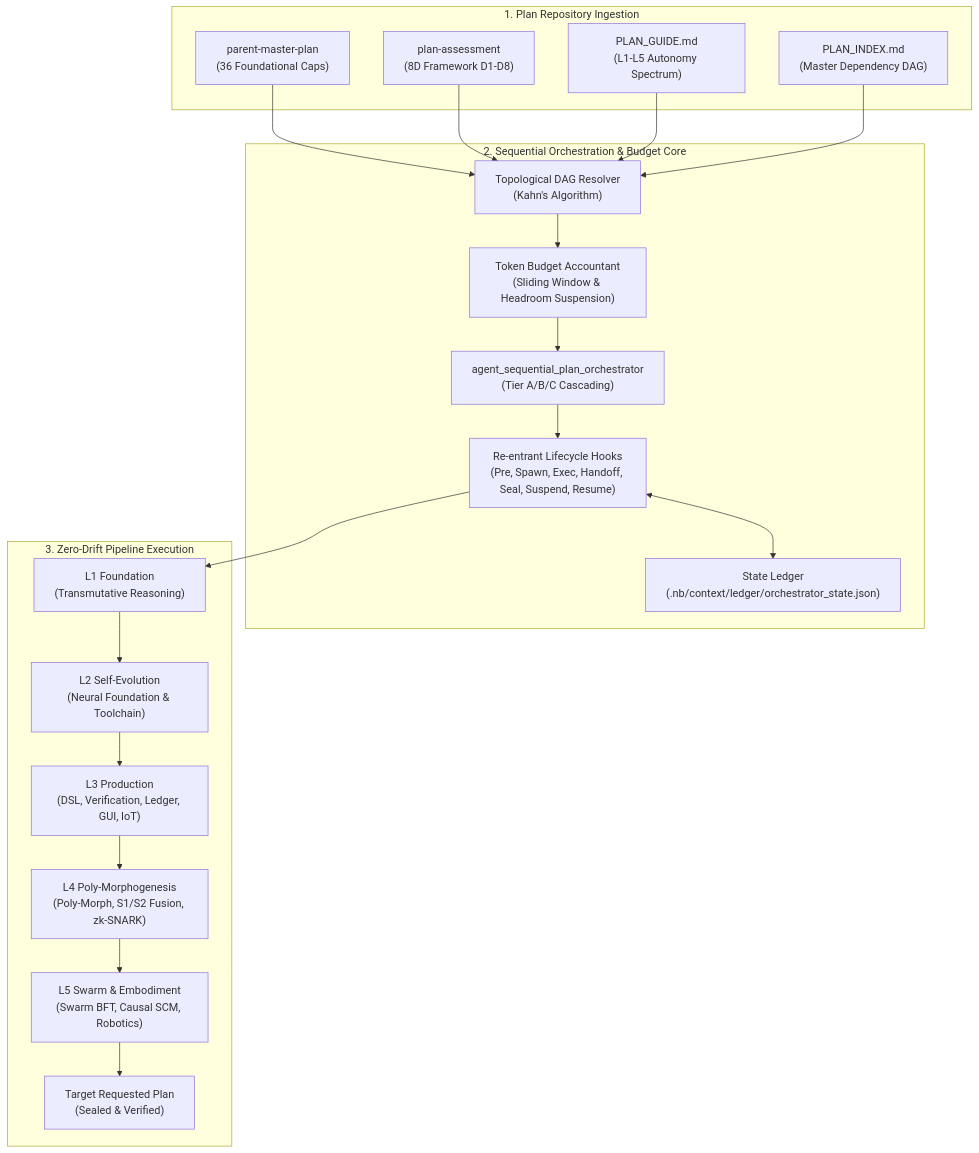
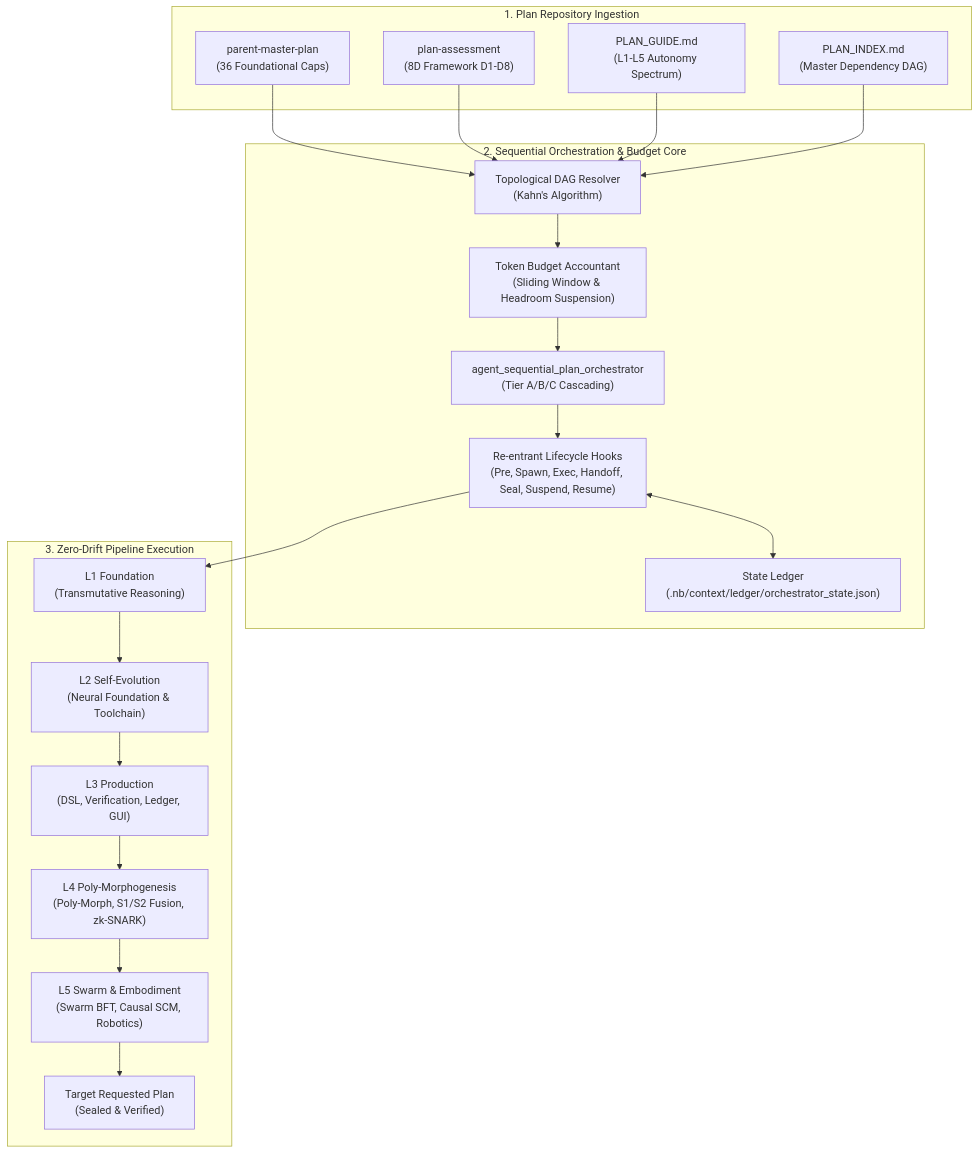
One commit to lakhwindersingh/nb_fairyfly changed the first of 2 diagrams in .nb/plan/master/sequential-plan-orchestrator/concise.md. Above: the diagram before and after it, drawn with Mermaid. The commit also changed 42 other files, not shown here.

````diff
--- a/.nb/plan/master/sequential-plan-orchestrator/concise.md
+++ b/.nb/plan/master/sequential-plan-orchestrator/concise.md
@@ -17,31 +17,31 @@
 ```mermaid
 graph TD
   subgraph Inputs["1. Plan Repository Ingestion"]
     PMP["parent-master-plan<br/>(36 Foundational Caps)"]
     PAS["plan-assessment<br/>(8D Framework D1-D8)"]
     PG["PLAN_GUIDE.md<br/>(L1-L5 Autonomy Spectrum)"]
     PI["PLAN_INDEX.md<br/>(Master Dependency DAG)"]
   end
 
   subgraph Orchestrator["2. Sequential Orchestration & Budget Core"]
     DAG["Topological DAG Resolver<br/>(Kahn's Algorithm)"]
     TokenEngine["Token Budget Accountant<br/>(Sliding Window & Headroom Suspension)"]
     Agent["agent_sequential_plan_orchestrator<br/>(Tier A/B/C Cascading)"]
     Hooks["Re-entrant Lifecycle Hooks<br/>(Pre, Spawn, Exec, Handoff, Seal, Suspend, Resume)"]
     StateLedger["State Ledger<br/>(.nb/context/ledger/orchestrator_state.json)"]
   end
 
   subgraph Execution["3. Zero-Drift Pipeline Execution"]
     L1Exec["L1 Foundation<br/>(Transmutative Reasoning)"]
     L2Exec["L2 Self-Evolution<br/>(Neural Foundation & Toolchain)"]
-    L3Exec["L3 Production<br/>(DSL, Verification, Ledger, GUI, IoT)"]
+    L3Exec["L3 Production<br/>(DSL, Verification, Ledger, GUI)"]
     L4Exec["L4 Poly-Morphogenesis<br/>(Poly-Morph, S1/S2 Fusion, zk-SNARK)"]
     L5Exec["L5 Swarm & Embodiment<br/>(Swarm BFT, Causal SCM, Robotics)"]
     TargetPlan["Target Requested Plan<br/>(Sealed & Verified)"]
   end
 
   PMP & PAS & PG & PI --> DAG
   DAG --> TokenEngine --> Agent
   Agent --> Hooks <--> StateLedger
   Hooks --> L1Exec --> L2Exec --> L3Exec --> L4Exec --> L5Exec --> TargetPlan
 ```
````
